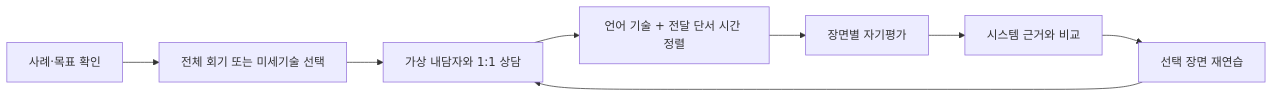
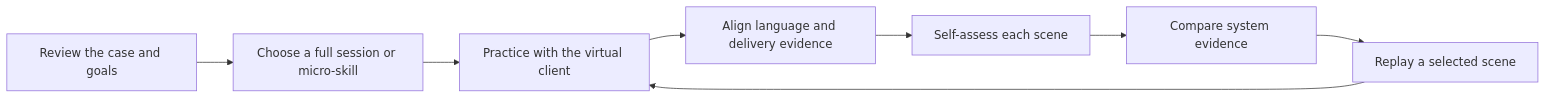
Before and after one commit to Educatian/counselcue: the diagram in README.md, drawn with Mermaid. The commit also changed other lines of this file, not shown here.

````diff
--- a/README.md
+++ b/README.md
@@ -29,10 +27,10 @@
 ```mermaid
 flowchart LR
-    A["사례·목표 확인"] --> B["전체 회기 또는 미세기술 선택"]
-    B --> C["가상 내담자와 1:1 상담"]
-    C --> D["언어 기술 + 전달 단서 시간 정렬"]
-    D --> E["장면별 자기평가"]
-    E --> F["시스템 근거와 비교"]
-    F --> G["선택 장면 재연습"]
+    A["Review the case and goals"] --> B["Choose a full session or micro-skill"]
+    B --> C["Practice with the virtual client"]
+    C --> D["Align language and delivery evidence"]
+    D --> E["Self-assess each scene"]
+    E --> F["Compare system evidence"]
+    F --> G["Replay a selected scene"]
     G --> C
 ```
````
